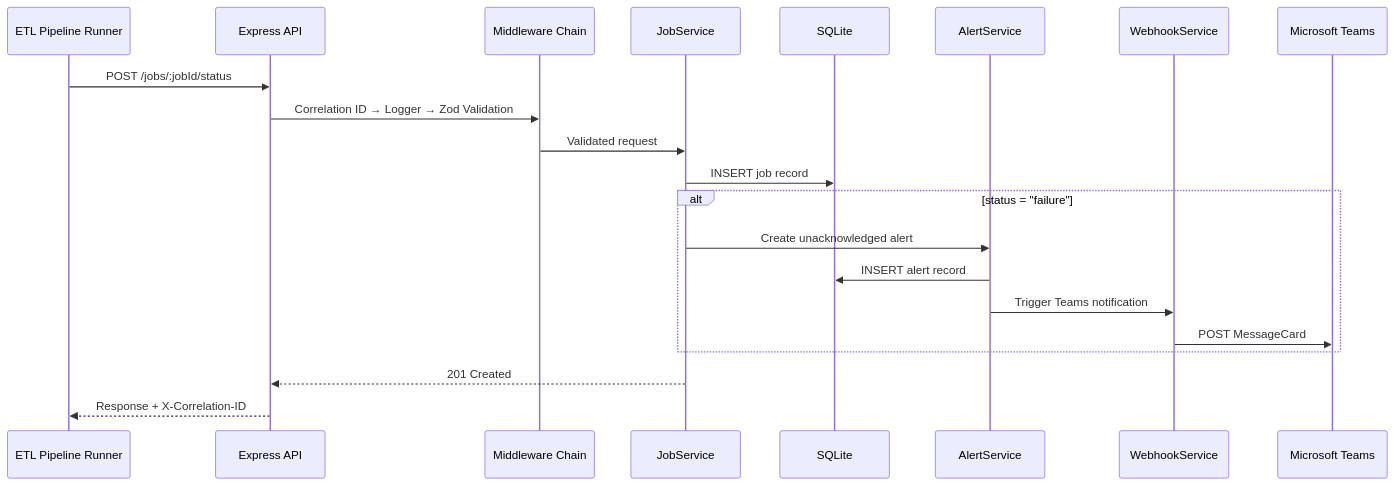
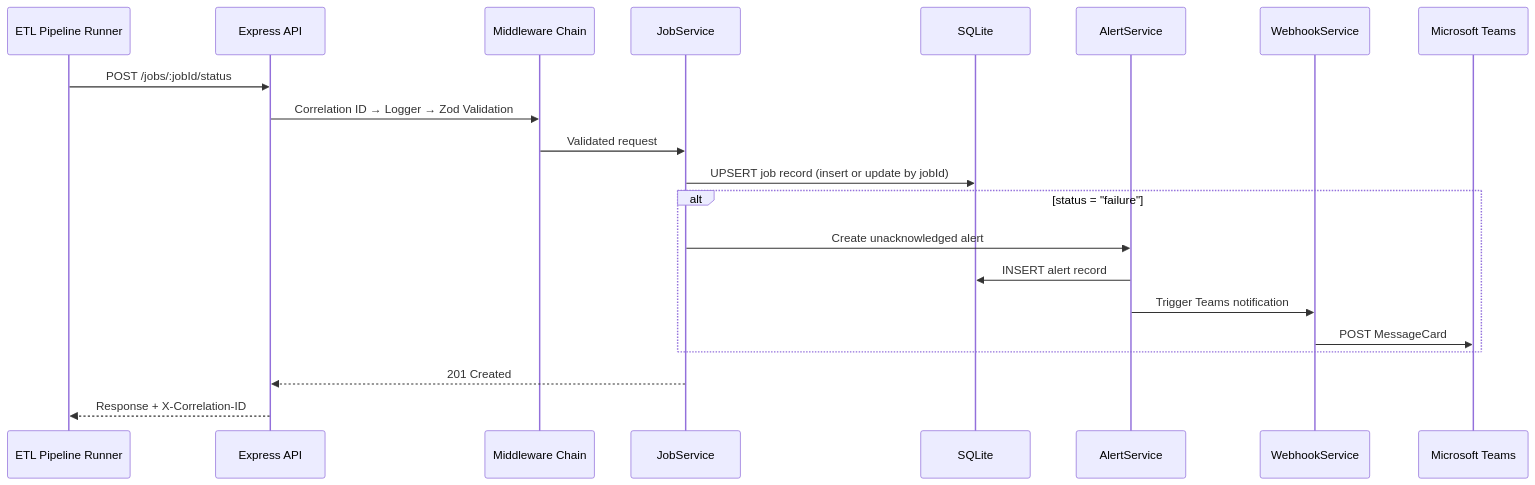
One commit to umarhashmi2002/Assessment-SmithFarm changed the second of 7 diagrams in README.md. Above: the diagram before and after it, drawn with Mermaid. The commit also changed other lines of this file, not shown here.

Commit message:
Fix review feedback: align jobId upsert semantics in docs, correct test counts to verified 137, add Chosen Advanced Feature section, improve Scope and Limitations, fix API endpoint docs

````diff
--- a/README.md
+++ b/README.md
@@ -37,26 +37,26 @@
 ```mermaid
 sequenceDiagram
     participant ETL as ETL Pipeline Runner
     participant API as Express API
     participant MW as Middleware Chain
     participant Svc as JobService
     participant DB as SQLite
     participant Alert as AlertService
     participant WH as WebhookService
     participant Teams as Microsoft Teams
 
     ETL->>API: POST /jobs/:jobId/status
     API->>MW: Correlation ID → Logger → Zod Validation
     MW->>Svc: Validated request
-    Svc->>DB: INSERT job record
+    Svc->>DB: UPSERT job record (insert or update by jobId)
 
     alt status = "failure"
         Svc->>Alert: Create unacknowledged alert
         Alert->>DB: INSERT alert record
         Alert->>WH: Trigger Teams notification
         WH->>Teams: POST MessageCard
     end
 
     Svc-->>API: 201 Created
     API-->>ETL: Response + X-Correlation-ID
 ```
````
